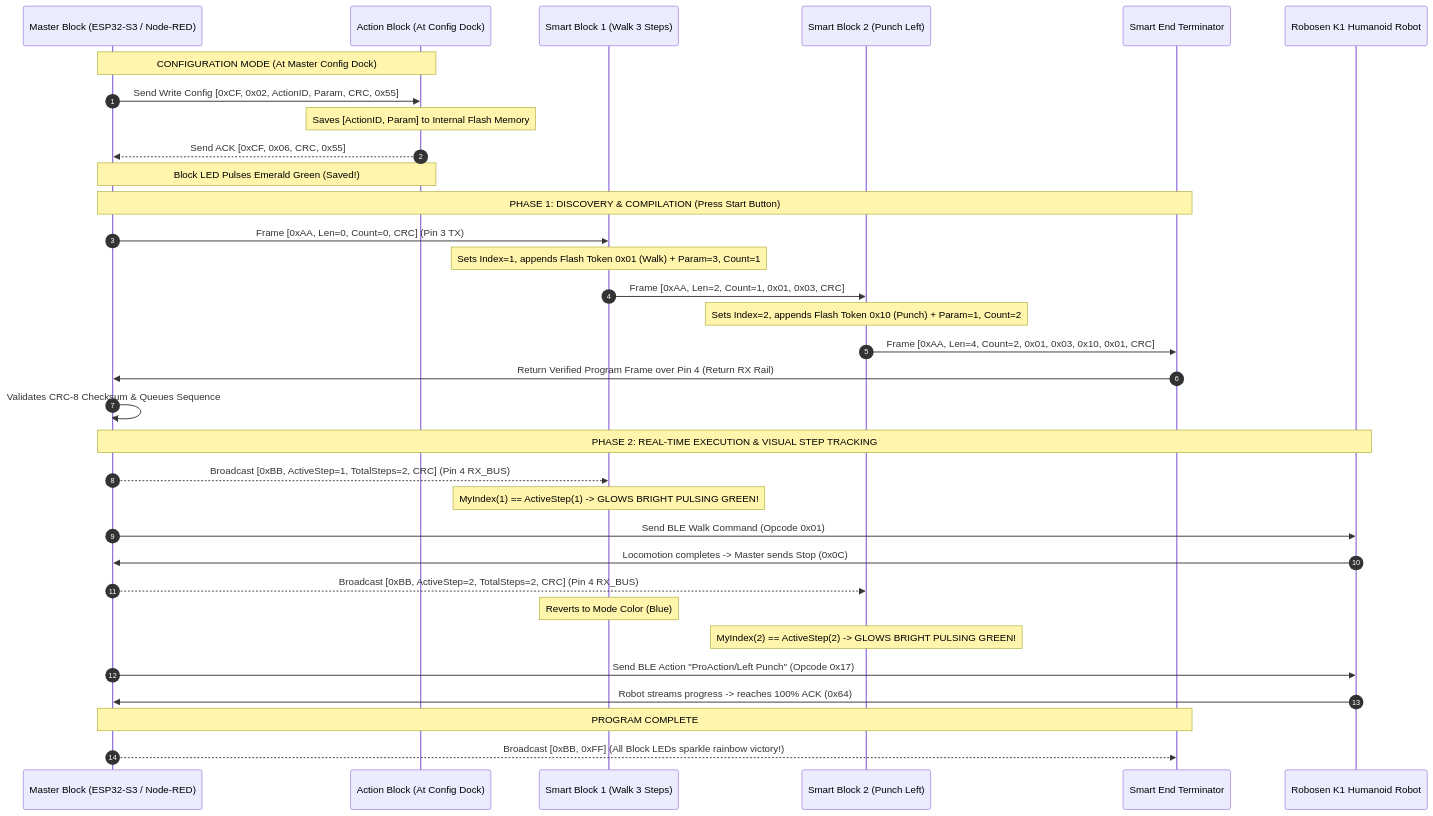
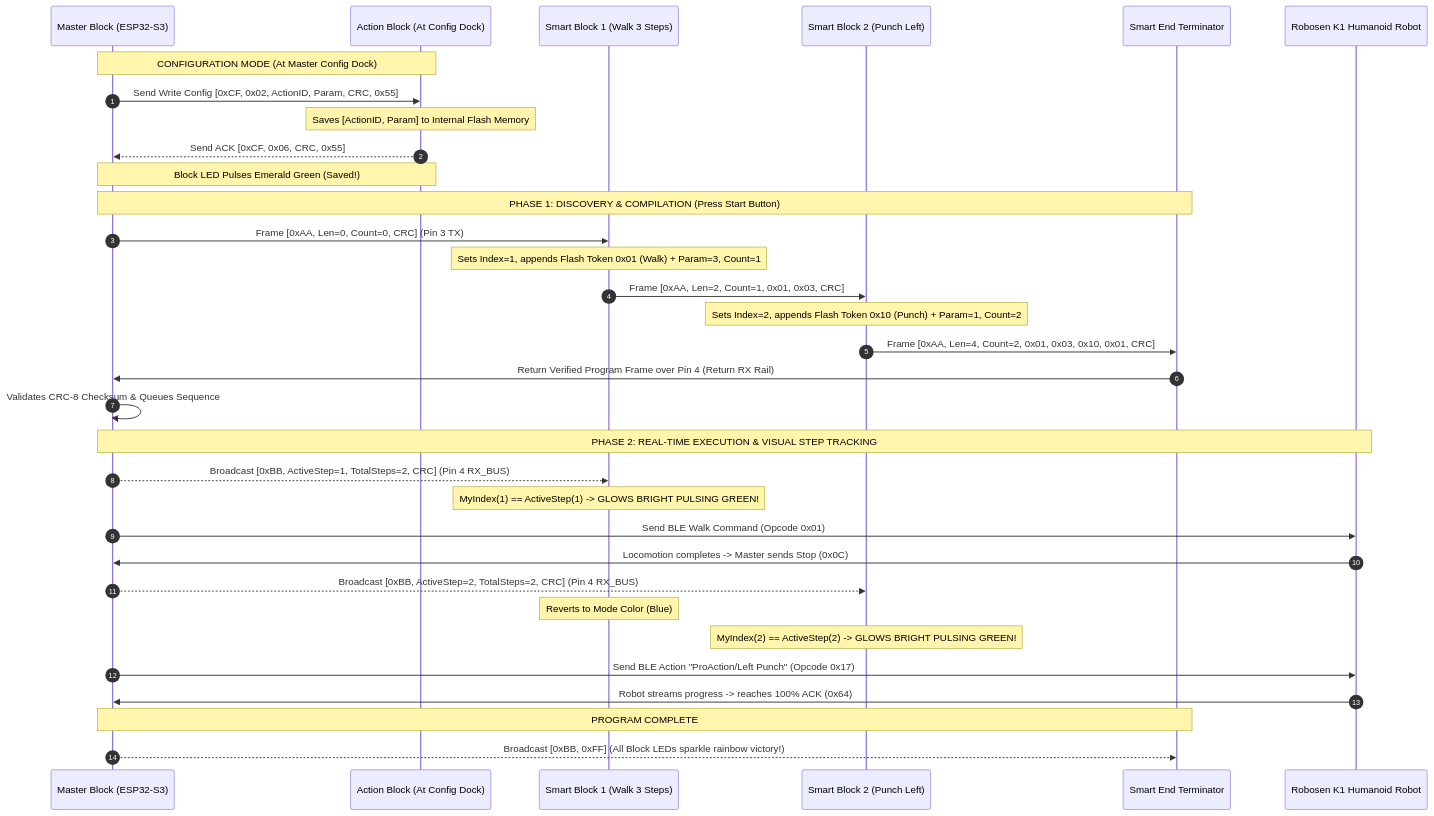
The diagram in README.md (Nantaphat-Yoktaworn/robosen_block), drawn with Mermaid before and after one commit. The commit also changed other lines of this file and 4 other files, not shown here.

Commit message:
docs: clean up README and specs (keep PNG block diagram, remove ASCII box, Node-RED section, and academic research section)

````diff
--- a/README.md
+++ b/README.md
@@ -86,40 +58,40 @@
 ```mermaid
 sequenceDiagram
     autonumber
-    participant Master as Master Block (ESP32-S3 / Node-RED)
+    participant Master as Master Block (ESP32-S3)
     participant Docked as Action Block (At Config Dock)
     participant B1 as Smart Block 1 (Walk 3 Steps)
     participant B2 as Smart Block 2 (Punch Left)
     participant EndBlock as Smart End Terminator
     participant Robot as Robosen K1 Humanoid Robot
 
     Note over Master,Docked: CONFIGURATION MODE (At Master Config Dock)
     Master->>Docked: Send Write Config [0xCF, 0x02, ActionID, Param, CRC, 0x55]
     Note over Docked: Saves [ActionID, Param] to Internal Flash Memory
     Docked-->>Master: Send ACK [0xCF, 0x06, CRC, 0x55]
     Note over Master,Docked: Block LED Pulses Emerald Green (Saved!)
 
     Note over Master,EndBlock: PHASE 1: DISCOVERY & COMPILATION (Press Start Button)
     Master->>B1: Frame [0xAA, Len=0, Count=0, CRC] (Pin 3 TX)
     Note over B1: Sets Index=1, appends Flash Token 0x01 (Walk) + Param=3, Count=1
     B1->>B2: Frame [0xAA, Len=2, Count=1, 0x01, 0x03, CRC]
     Note over B2: Sets Index=2, appends Flash Token 0x10 (Punch) + Param=1, Count=2
     B2->>EndBlock: Frame [0xAA, Len=4, Count=2, 0x01, 0x03, 0x10, 0x01, CRC]
     EndBlock->>Master: Return Verified Program Frame over Pin 4 (Return RX Rail)
     Master->>Master: Validates CRC-8 Checksum & Queues Sequence
 
     Note over Master,Robot: PHASE 2: REAL-TIME EXECUTION & VISUAL STEP TRACKING
     Master-->>B1: Broadcast [0xBB, ActiveStep=1, TotalSteps=2, CRC] (Pin 4 RX_BUS)
     Note over B1: MyIndex(1) == ActiveStep(1) -> GLOWS BRIGHT PULSING GREEN!
     Master->>Robot: Send BLE Walk Command (Opcode 0x01)
     Robot->>Master: Locomotion completes -> Master sends Stop (0x0C)
     
     Master-->>B2: Broadcast [0xBB, ActiveStep=2, TotalSteps=2, CRC] (Pin 4 RX_BUS)
     Note over B1: Reverts to Mode Color (Blue)
     Note over B2: MyIndex(2) == ActiveStep(2) -> GLOWS BRIGHT PULSING GREEN!
     Master->>Robot: Send BLE Action "ProAction/Left Punch" (Opcode 0x17)
     Robot->>Master: Robot streams progress -> reaches 100% ACK (0x64)
 
     Note over Master,EndBlock: PROGRAM COMPLETE
     Master-->>EndBlock: Broadcast [0xBB, 0xFF] (All Block LEDs sparkle rainbow victory!)
 ```
````
